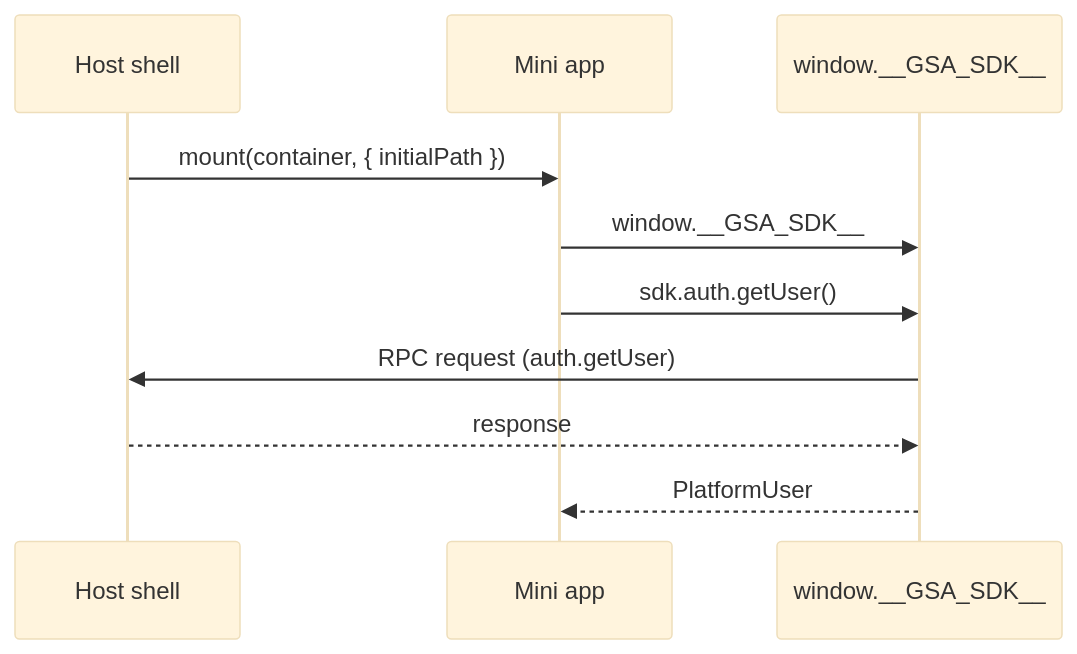
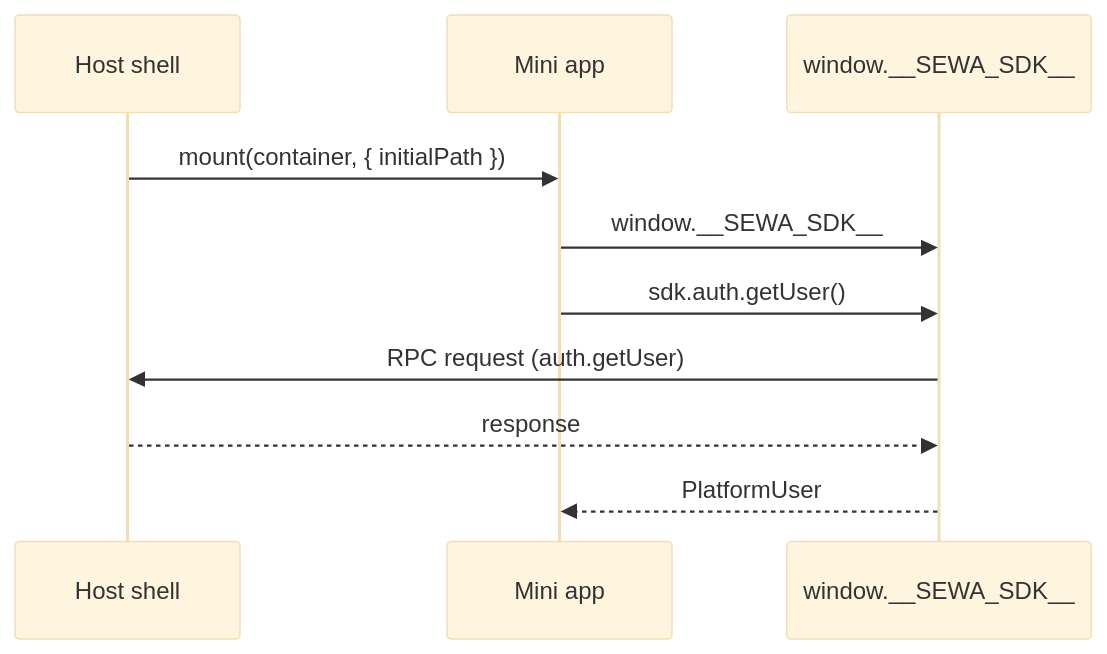
The diagram in i18n/si/docusaurus-plugin-content-docs/current/overview.mdx (lizuzsusil/developer-portal), drawn with Mermaid (base theme) before and after one commit. The commit also changed other lines of this file and 58 other files, not shown here.

````diff
--- a/i18n/si/docusaurus-plugin-content-docs/current/overview.mdx
+++ b/i18n/si/docusaurus-plugin-content-docs/current/overview.mdx
@@ -19,12 +19,12 @@
 ```mermaid
 sequenceDiagram
     participant Host as Host shell
     participant MiniApp as Mini app
-    participant SDK as window.__GSA_SDK__
+    participant SDK as window.__SEWA_SDK__
     Host->>MiniApp: mount(container, { initialPath })
-    MiniApp->>SDK: window.__GSA_SDK__
+    MiniApp->>SDK: window.__SEWA_SDK__
     MiniApp->>SDK: sdk.auth.getUser()
     SDK->>Host: RPC request (auth.getUser)
     Host-->>SDK: response
     SDK-->>MiniApp: PlatformUser
 ```
````
